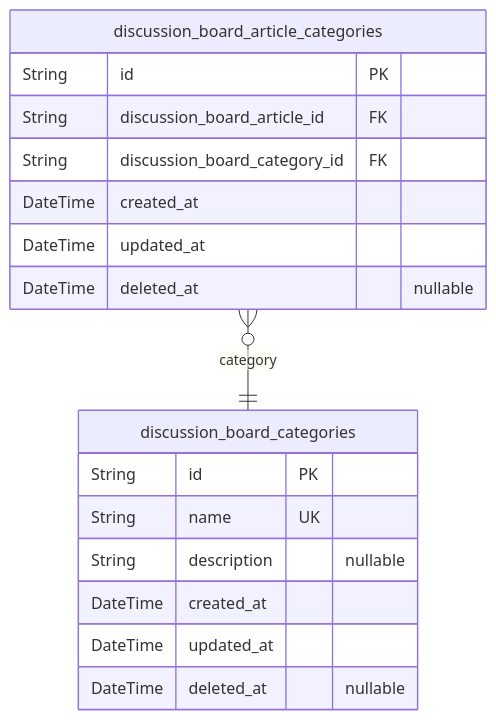
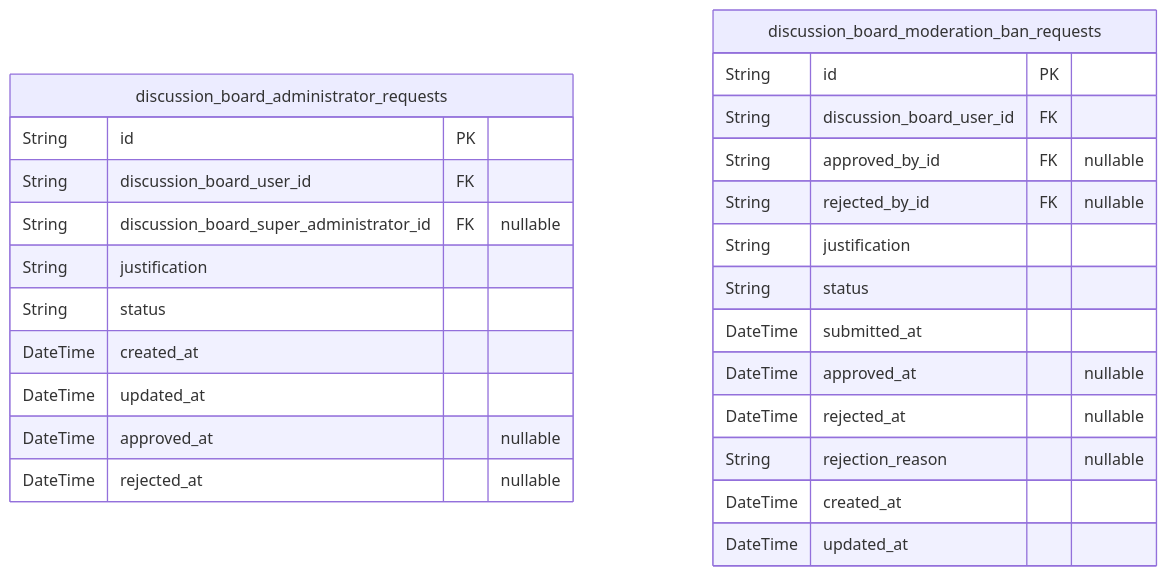
One commit to wrtnlabs/autobe-examples changed the sixth of 6 diagrams in qwen/qwen3-coder-exacto/bbs/docs/ERD.md. Above: the diagram before and after it, drawn with Mermaid. The commit also changed other lines of this file and 9391 other files, not shown here.

````diff
--- a/qwen/qwen3-coder-exacto/bbs/docs/ERD.md
+++ b/qwen/qwen3-coder-exacto/bbs/docs/ERD.md
@@ -419,20 +1700,28 @@
 ```mermaid
 erDiagram
-"discussion_board_categories" {
+"discussion_board_administrator_requests" {
   String id PK
-  String name UK
-  String description "nullable"
+  String discussion_board_user_id FK
+  String discussion_board_super_administrator_id FK "nullable"
+  String justification
+  String status
   DateTime created_at
   DateTime updated_at
-  DateTime deleted_at "nullable"
+  DateTime approved_at "nullable"
+  DateTime rejected_at "nullable"
 }
-"discussion_board_article_categories" {
+"discussion_board_moderation_ban_requests" {
   String id PK
-  String discussion_board_article_id FK
-  String discussion_board_category_id FK
+  String discussion_board_user_id FK
+  String approved_by_id FK "nullable"
+  String rejected_by_id FK "nullable"
+  String justification
+  String status
+  DateTime submitted_at
+  DateTime approved_at "nullable"
+  DateTime rejected_at "nullable"
+  String rejection_reason "nullable"
   DateTime created_at
   DateTime updated_at
-  DateTime deleted_at "nullable"
 }
-"discussion_board_article_categories" }o--|| "discussion_board_categories" : category
 ```
````
